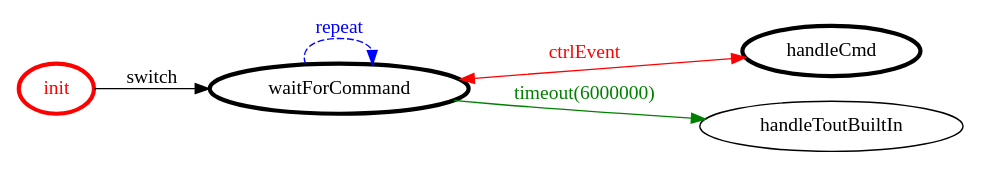
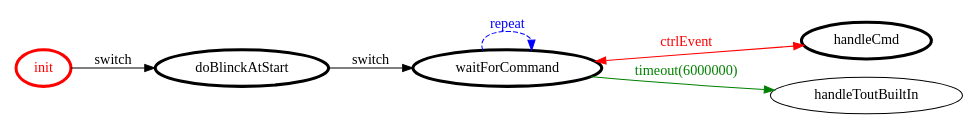
The diagram in it.unibo.bls17.ledrasp.qa/srcMore/it/unibo/ledrasp/ledrasp.gv (MatteoMendula/iss2018Lab), drawn with Graphviz before and after one commit. The commit also changed 10 other files, not shown here.

```diff
--- a/it.unibo.bls17.ledrasp.qa/srcMore/it/unibo/ledrasp/ledrasp.gv
+++ b/it.unibo.bls17.ledrasp.qa/srcMore/it/unibo/ledrasp/ledrasp.gv
@@ -1,20 +1,22 @@
 /*
 *
 * A GraphViz DOT FSM description 
 * Please use a GraphViz visualizer (like http://www.webgraphviz.com)
 *  
 */
 
 digraph finite_state_machine {
 	rankdir=LR
 	size="8,5"
 	
 	init [ color = red ][ fontcolor = red ][ penwidth = 3 ]
 	handleCmd [ color = black ][ fontcolor = black ][ penwidth = 3 ]
+	doBlinckAtStart [ color = black ][ fontcolor = black ][ penwidth = 3 ]
 	waitForCommand [ color = black ][ fontcolor = black ][ penwidth = 3 ]
 	
+	doBlinckAtStart -> waitForCommand [ label = "switch" ][ color = black ][ fontcolor = black ]
 	waitForCommand -> handleCmd [ label = "ctrlEvent" ][ color = red ][ fontcolor = red ][ dir = both ]
-	init -> waitForCommand [ label = "switch" ][ color = black ][ fontcolor = black ]
+	init -> doBlinckAtStart [ label = "switch" ][ color = black ][ fontcolor = black ]
 	waitForCommand -> handleToutBuiltIn [ label = "timeout(6000000)" ][ color = green ][ fontcolor = green ]
 	waitForCommand -> waitForCommand [ label = "repeat "][ style = dashed ][ color = blue ][ fontcolor = blue ]
 }
```
